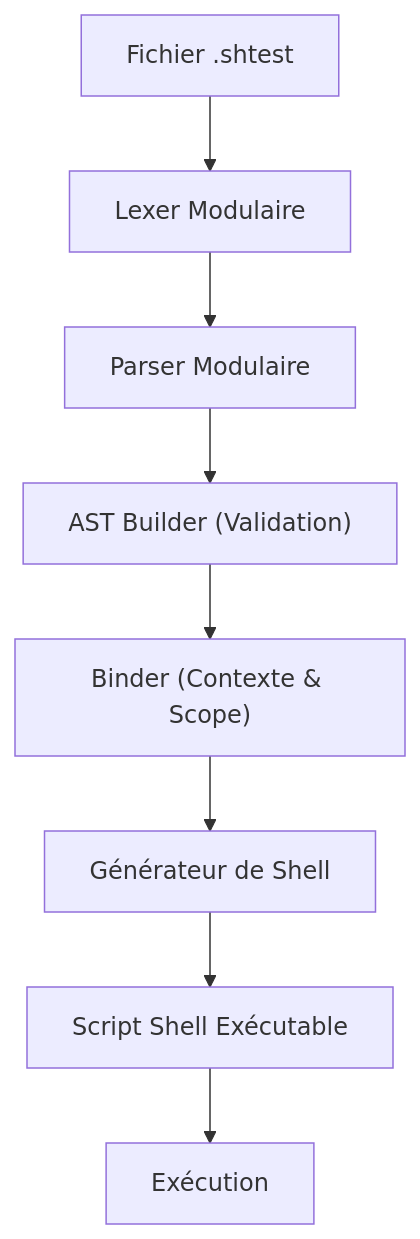
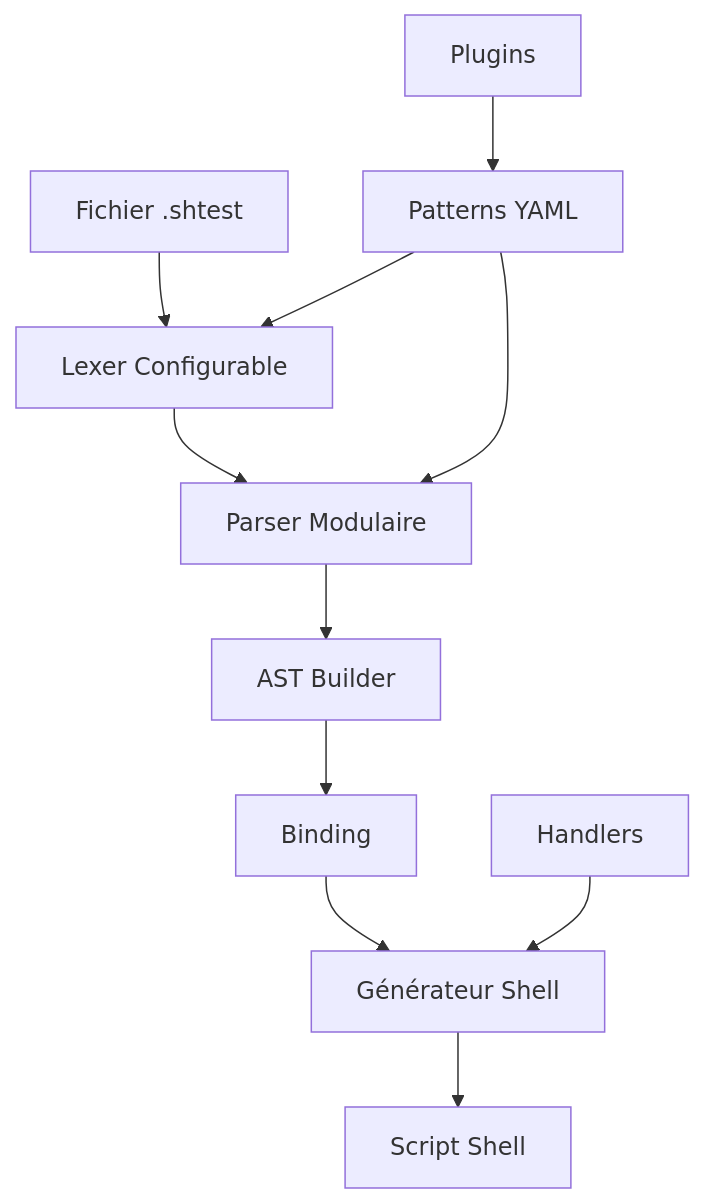
The diagram in docs/docs/assets/architecture.mmd (RayaneZ/batch-testing), drawn with Mermaid before and after one commit. The commit also changed 16 other files, not shown here.

```diff
--- a/docs/docs/assets/architecture.mmd
+++ b/docs/docs/assets/architecture.mmd
@@ -1,8 +1,13 @@
-flowchart TD
-    A["Fichier .shtest"] --> B["Lexer Modulaire"]
-    B --> C["Parser Modulaire"]
-    C --> D["AST Builder (Validation)"]
-    D --> E["Binder (Contexte & Scope)"]
-    E --> F["Générateur de Shell"]
-    F --> G["Script Shell Exécutable"]
-    G --> H["Exécution"] 
+graph TD
+    A[Fichier .shtest] --> B[Lexer Configurable]
+    B --> C[Parser Modulaire]
+    C --> D[AST Builder]
+    D --> E[Binding]
+    E --> F[Générateur Shell]
+    F --> G[Script Shell]
+    
+    H[Plugins] --> I[Patterns YAML]
+    I --> B
+    I --> C
+    
+    J[Handlers] --> F 
```
